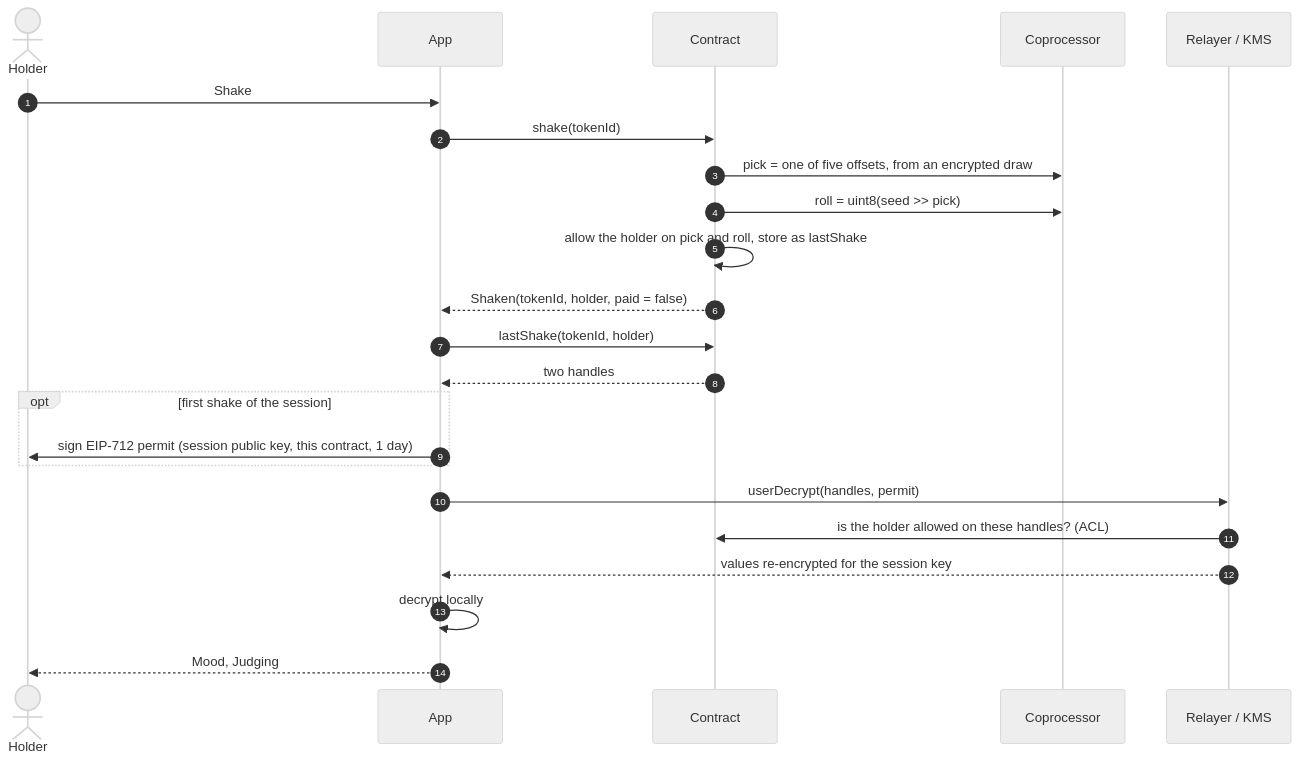
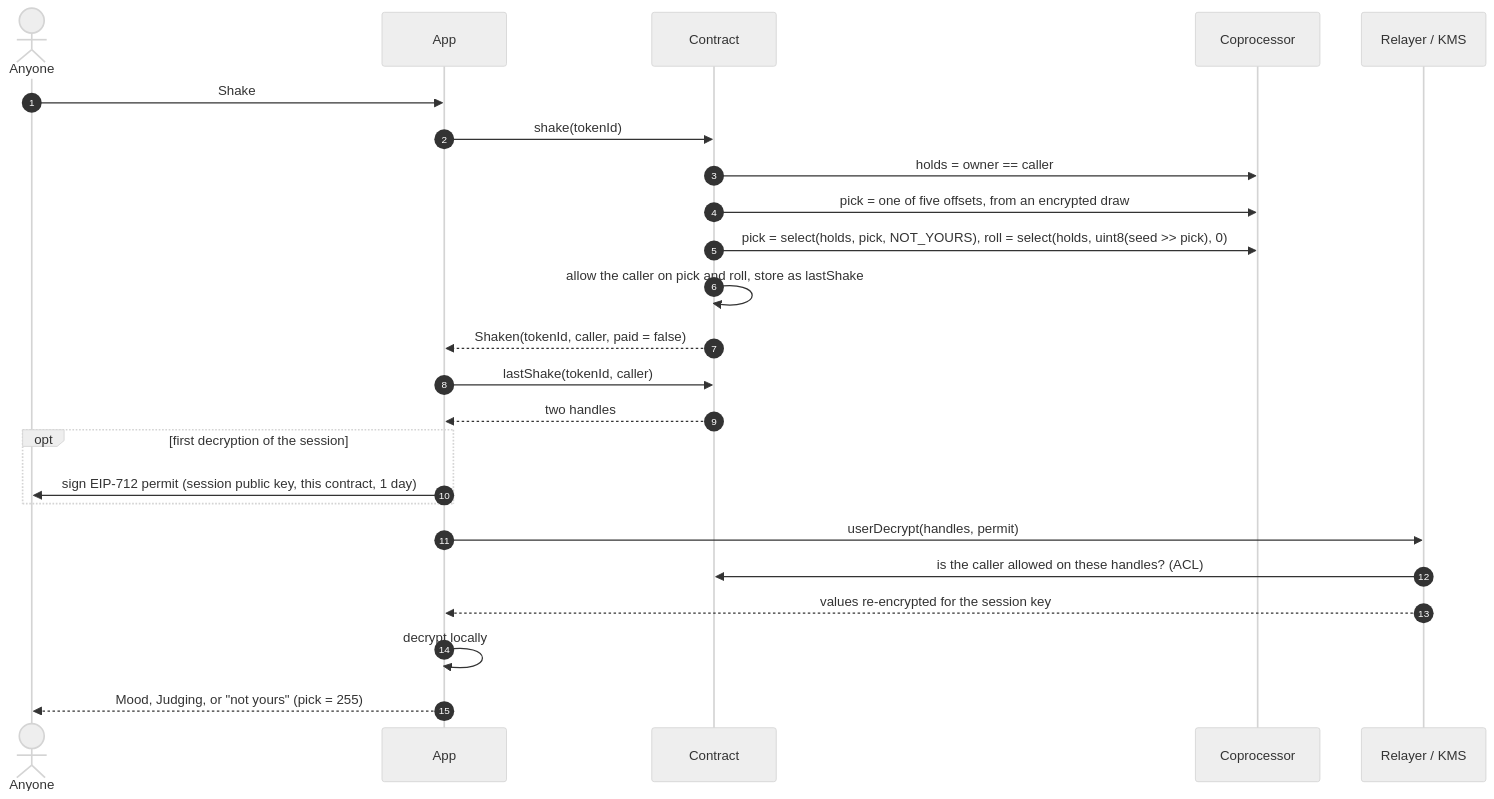
Before and after one commit to jecombe/do_not_open: the third of 19 diagrams in docs/FLOWS.md, drawn with Mermaid (neutral theme). The commit also changed other lines of this file and 25 other files, not shown here.

````diff
--- a/docs/FLOWS.md
+++ b/docs/FLOWS.md
@@ -39,25 +91,26 @@
 ```mermaid
 sequenceDiagram
   autonumber
-  actor U as Holder
+  actor U as Anyone
   participant App
   participant C as Contract
   participant Co as Coprocessor
   participant R as Relayer / KMS
   U->>App: Shake
   App->>C: shake(tokenId)
+  C->>Co: holds = owner == caller
   C->>Co: pick = one of five offsets, from an encrypted draw
-  C->>Co: roll = uint8(seed >> pick)
-  C->>C: allow the holder on pick and roll, store as lastShake
-  C-->>App: Shaken(tokenId, holder, paid = false)
-  App->>C: lastShake(tokenId, holder)
+  C->>Co: pick = select(holds, pick, NOT_YOURS), roll = select(holds, uint8(seed >> pick), 0)
+  C->>C: allow the caller on pick and roll, store as lastShake
+  C-->>App: Shaken(tokenId, caller, paid = false)
+  App->>C: lastShake(tokenId, caller)
   C-->>App: two handles
-  opt first shake of the session
+  opt first decryption of the session
     App->>U: sign EIP-712 permit (session public key, this contract, 1 day)
   end
   App->>R: userDecrypt(handles, permit)
-  R->>C: is the holder allowed on these handles? (ACL)
+  R->>C: is the caller allowed on these handles? (ACL)
   R-->>App: values re-encrypted for the session key
   App->>App: decrypt locally
-  App-->>U: Mood, Judging
+  App-->>U: Mood, Judging, or "not yours" (pick = 255)
 ```
````
